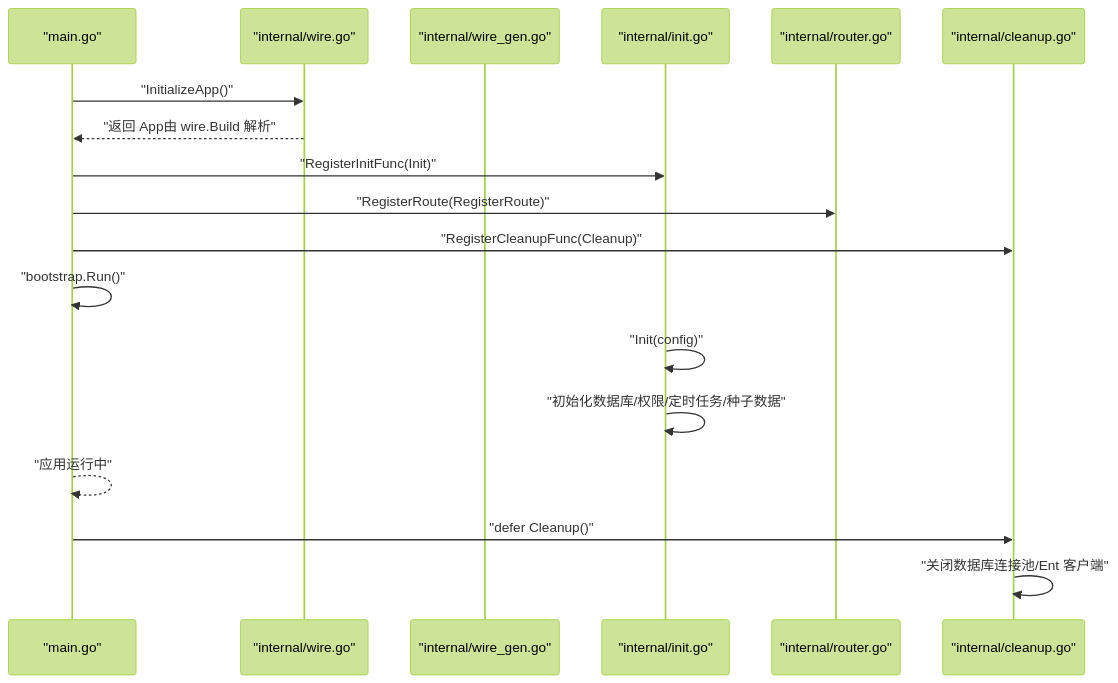
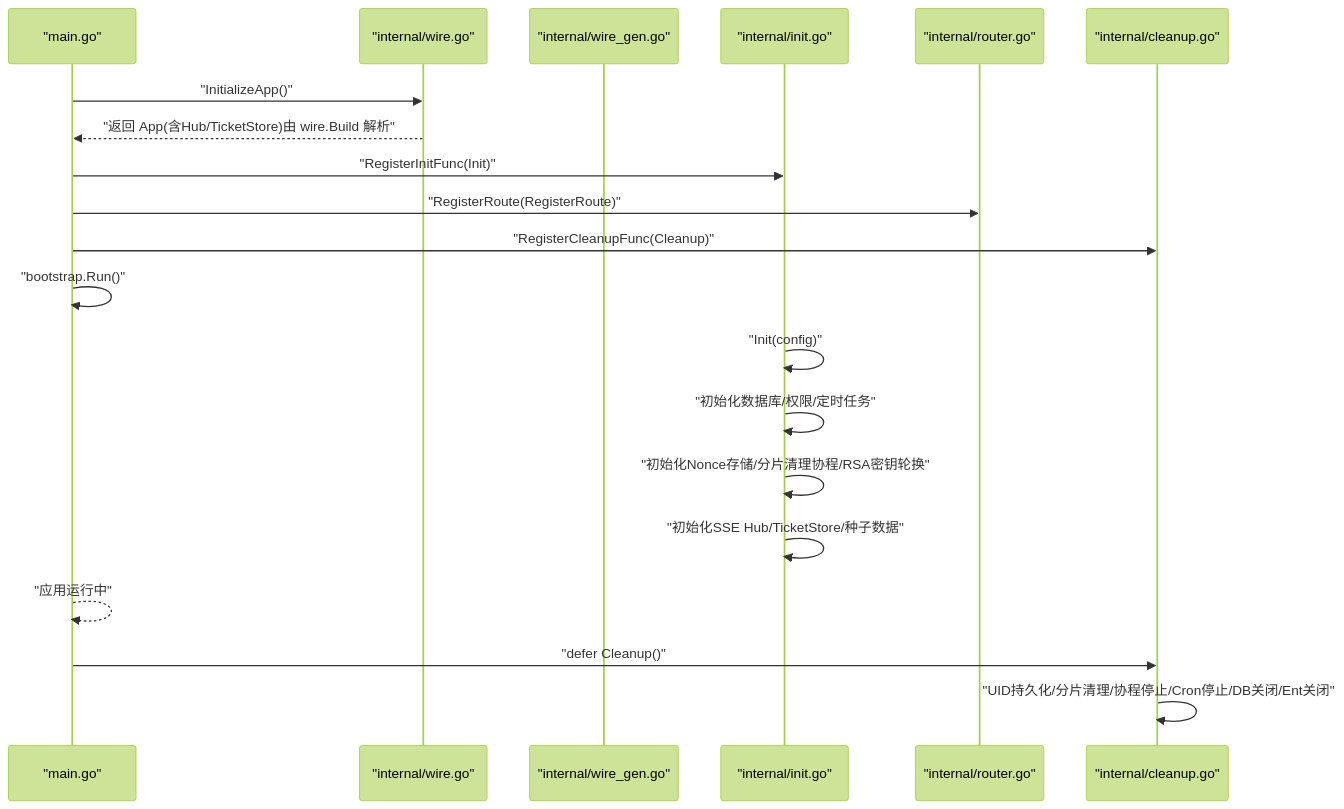
The second of 6 diagrams in .qoder/repowiki/zh/content/架构设计/依赖注入架构.md (wuwuseo/e-sports-go-admin), drawn with Mermaid (forest theme) before and after one commit. The commit also changed other lines of this file and 42 other files, not shown here.

````diff
--- a/.qoder/repowiki/zh/content/架构设计/依赖注入架构.md
+++ b/.qoder/repowiki/zh/content/架构设计/依赖注入架构.md
@@ -89,20 +89,22 @@
 ```mermaid
 sequenceDiagram
 participant M as "main.go"
 participant W as "internal/wire.go"
 participant G as "internal/wire_gen.go"
 participant I as "internal/init.go"
 participant R as "internal/router.go"
 participant C as "internal/cleanup.go"
 M->>W : "InitializeApp()"
-W-->>M : "返回 App由 wire.Build 解析"
+W-->>M : "返回 App(含Hub/TicketStore)由 wire.Build 解析"
 M->>I : "RegisterInitFunc(Init)"
 M->>R : "RegisterRoute(RegisterRoute)"
 M->>C : "RegisterCleanupFunc(Cleanup)"
 M->>M : "bootstrap.Run()"
 I->>I : "Init(config)"
-I->>I : "初始化数据库/权限/定时任务/种子数据"
+I->>I : "初始化数据库/权限/定时任务"
+I->>I : "初始化Nonce存储/分片清理协程/RSA密钥轮换"
+I->>I : "初始化SSE Hub/TicketStore/种子数据"
 M-->>M : "应用运行中"
 M->>C : "defer Cleanup()"
-C->>C : "关闭数据库连接池/Ent 客户端"
+C->>C : "UID持久化/分片清理/协程停止/Cron停止/DB关闭/Ent关闭"
 ```
````
